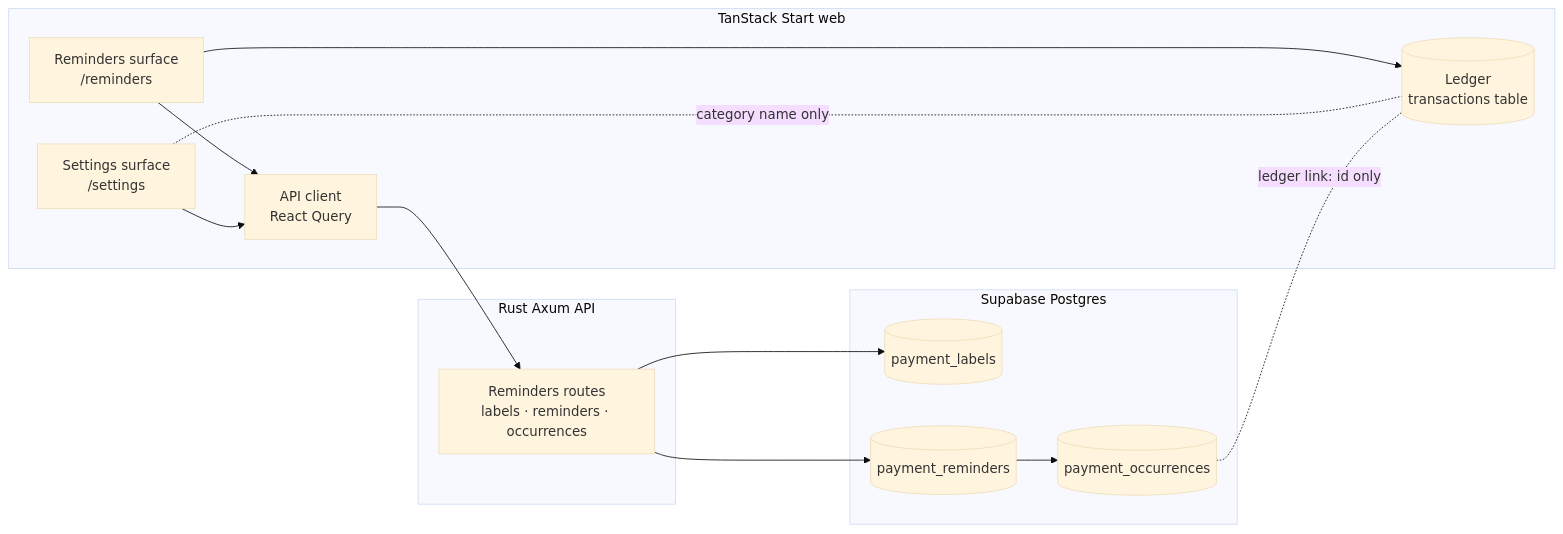
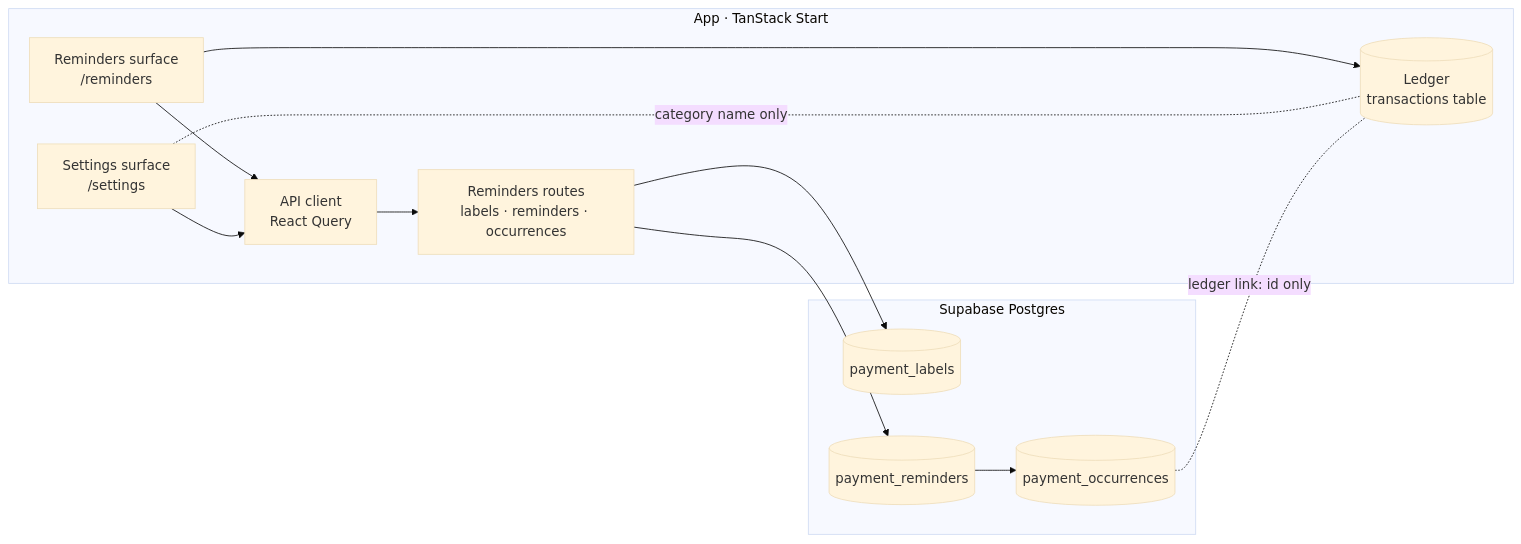
The diagram in openspec/changes/payment-reminders/design.md (Markila-BOT/m-proper), drawn with Mermaid (base theme) before and after one commit. The commit also changed other lines of this file and 13 other files, not shown here.

First line of the commit message:
docs(openspec): rebase the queued plans onto the TanStack backend

````diff
--- a/openspec/changes/payment-reminders/design.md
+++ b/openspec/changes/payment-reminders/design.md
@@ -9,26 +9,24 @@
 ```mermaid
 flowchart LR
-  subgraph Web[TanStack Start web]
+  subgraph App[App · TanStack Start]
     R[Reminders surface<br/>/reminders]
     S[Settings surface<br/>/settings]
     H[API client<br/>React Query]
+    PR[Reminders routes<br/>labels · reminders · occurrences]
     L[(Ledger<br/>transactions table)]
-  end
-  subgraph API[Rust Axum API]
-    PR[Reminders routes<br/>labels · reminders · occurrences]
   end
   subgraph DB[Supabase Postgres]
     PL[(payment_labels)]
     PM[(payment_reminders)]
     PO[(payment_occurrences)]
   end
   R --> H
   S --> H
   H --> PR
   PR --> PL
   PR --> PM
   PM --> PO
   R --> L
   S -. category name only .- L
   PO -. ledger link: id only .- L
 ```
````
